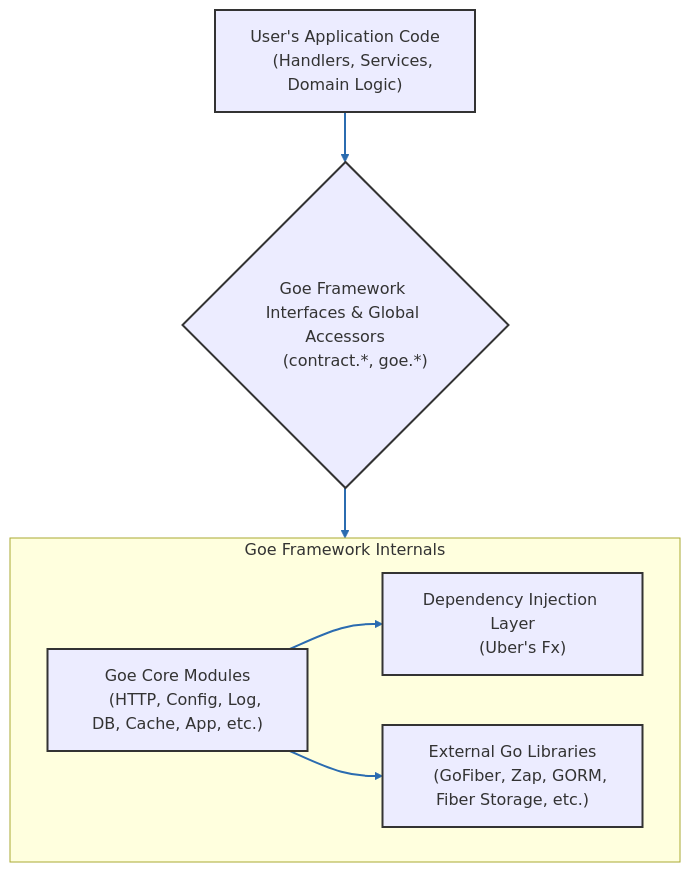
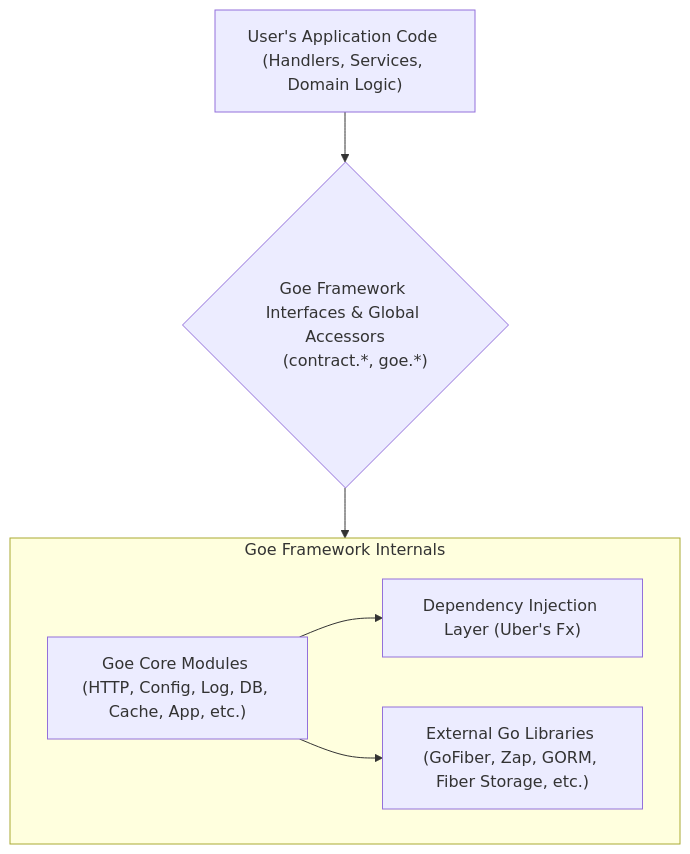
One commit to oeasenet/goe changed the first of 4 diagrams in docs/04-architecture.md. Above: the diagram before and after it, drawn with Mermaid. The commit also changed other lines of this file and 1 other file, not shown here.

First line of the commit message:
📝 Revise "Introduction" and "Architecture" documentation

````diff
--- a/docs/04-architecture.md
+++ b/docs/04-architecture.md
@@ -19,30 +27,15 @@
 ```mermaid
 graph TD
-    A["User's Application Code
-    (Handlers, Services, Domain Logic)"] --> B{"Goe Framework Interfaces & Global Accessors
+    A["User's Application Code (Handlers, Services, Domain Logic)"] --> B{"Goe Framework Interfaces & Global Accessors
     (contract.*, goe.*)"};
-    B --> C["Goe Core Modules
-    (HTTP, Config, Log, DB, Cache, App, etc.)"];
-    C --> D["Dependency Injection Layer
-    (Uber's Fx)"];
-    C --> E["External Go Libraries
-    (GoFiber, Zap, GORM, Fiber Storage, etc.)"];
+    B --> C["Goe Core Modules (HTTP, Config, Log, DB, Cache, App, etc.)"];
+    C --> D["Dependency Injection Layer (Uber's Fx)"];
+    C --> E["External Go Libraries (GoFiber, Zap, GORM, Fiber Storage, etc.)"];
 
     subgraph Goe Framework Internals
         direction LR
         C
         D
         E
     end
-
-    style A fill:#aliceblue,stroke:#333,stroke-width:2px
-    style B fill:#lightcyan,stroke:#333,stroke-width:2px
-    style C fill:#azure,stroke:#333,stroke-width:2px
-    style D fill:#bisque,stroke:#333,stroke-width:2px
-    style E fill:#honeydew,stroke:#333,stroke-width:2px
-
-    linkStyle 0 stroke:#2b6cb0,stroke-width:2px;
-    linkStyle 1 stroke:#2b6cb0,stroke-width:2px;
-    linkStyle 2 stroke:#2b6cb0,stroke-width:2px;
-    linkStyle 3 stroke:#2b6cb0,stroke-width:2px;
 ```
````
